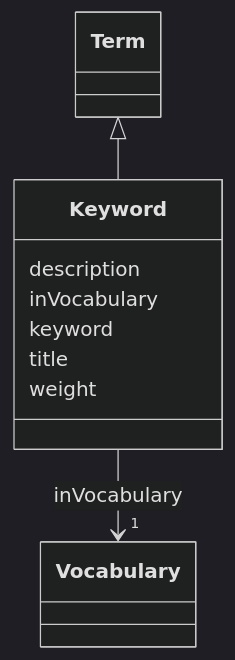
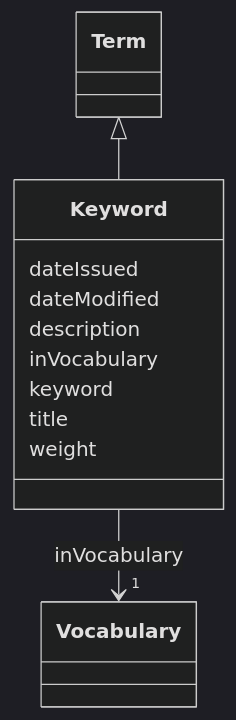
Before and after one commit to EVORA-project/evora-ontology: the diagram in models/docs/Keyword.md, drawn with Mermaid (dark theme). The commit also changed other lines of this file and 377 other files, not shown here.

````diff
--- a/models/docs/Keyword.md
+++ b/models/docs/Keyword.md
@@ -19,26 +19,30 @@
 ```mermaid
  classDiagram
     class Keyword
     click Keyword href "../Keyword"
       Term <|-- Keyword
         click Term href "../Term"
       
+      Keyword : dateIssued
+        
+      Keyword : dateModified
+        
       Keyword : description
         
       Keyword : inVocabulary
         
           
     
     
     Keyword --> "1" Vocabulary : inVocabulary
     click Vocabulary href "../Vocabulary"
 
         
       Keyword : keyword
         
       Keyword : title
         
       Keyword : weight
         
       
 ```
````
